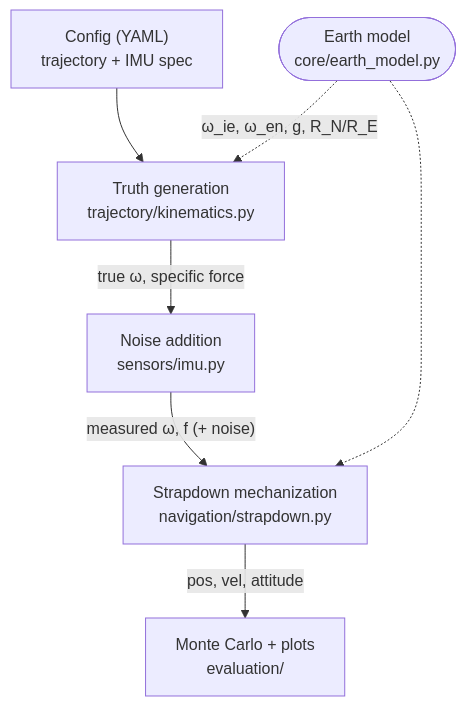
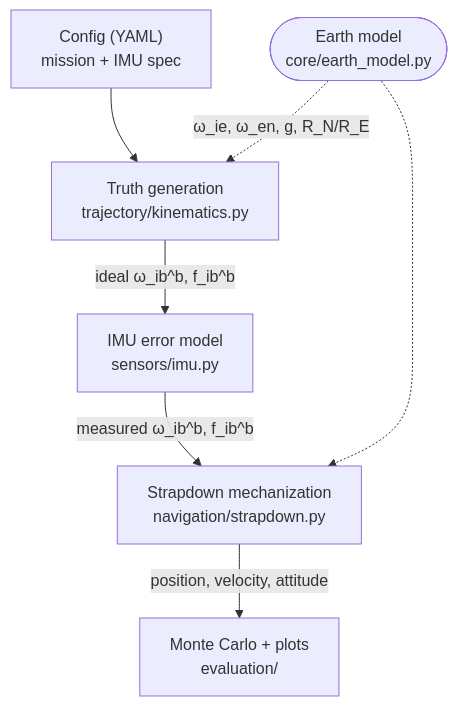
The diagram in README.md (AbdallahZarif/ins_sim), drawn with Mermaid before and after one commit. The commit also changed other lines of this file and 5 other files, not shown here.

````diff
--- a/README.md
+++ b/README.md
@@ -127,16 +140,16 @@
 ```mermaid
 flowchart TD
-    CFG["Config (YAML)<br/>trajectory + IMU spec"]
+    CFG["Config (YAML)<br/>mission + IMU spec"]
     TRUTH["Truth generation<br/>trajectory/kinematics.py"]
-    SENSOR["Noise addition<br/>sensors/imu.py"]
+    SENSOR["IMU error model<br/>sensors/imu.py"]
     NAV["Strapdown mechanization<br/>navigation/strapdown.py"]
     EVAL["Monte Carlo + plots<br/>evaluation/"]
     EARTH(["Earth model<br/>core/earth_model.py"])
 
     CFG --> TRUTH
-    TRUTH -->|"true ω, specific force"| SENSOR
-    SENSOR -->|"measured ω, f (+ noise)"| NAV
-    NAV -->|"pos, vel, attitude"| EVAL
+    TRUTH -->|"ideal ω_ib^b, f_ib^b"| SENSOR
+    SENSOR -->|"measured ω_ib^b, f_ib^b"| NAV
+    NAV -->|"position, velocity, attitude"| EVAL
     EARTH -.->|"ω_ie, ω_en, g, R_N/R_E"| TRUTH
     EARTH -.-> NAV
 ```
````
